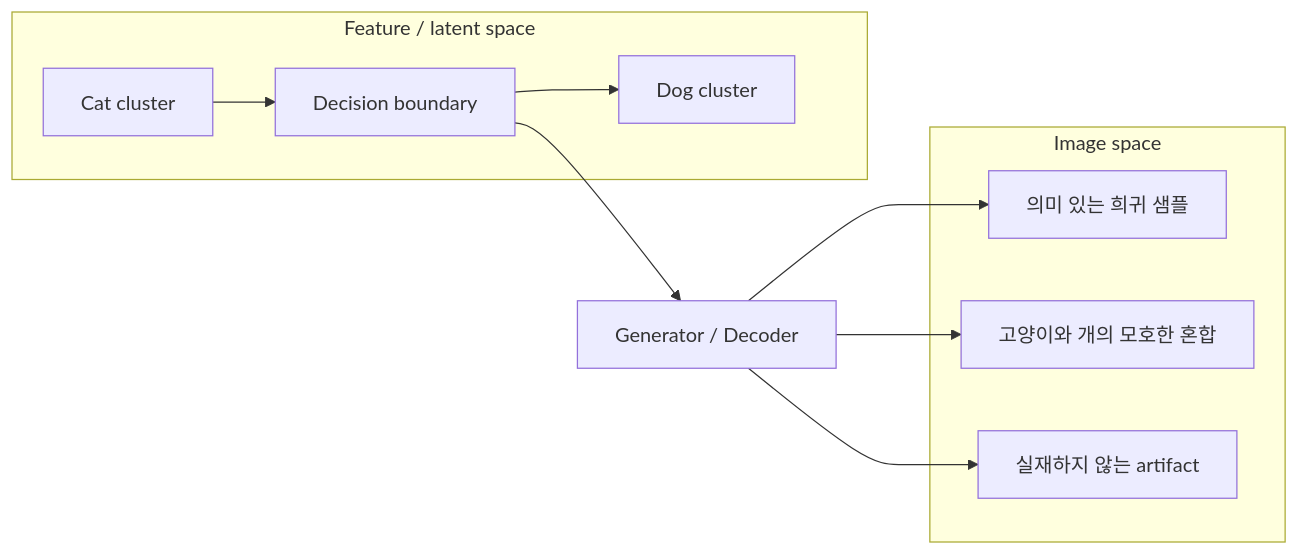
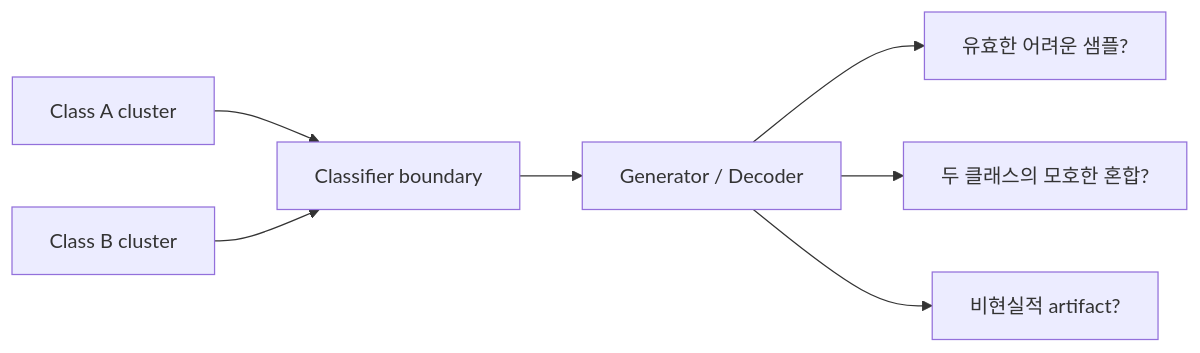
The fifth of 5 diagrams in README.md (DDohyeon2941/gan-for-imbalanced-image-data), drawn with Mermaid before and after one commit. The commit also changed other lines of this file and 7 other files, not shown here.

````diff
--- a/README.md
+++ b/README.md
@@ -254,21 +118,9 @@
 ```mermaid
 flowchart LR
-    subgraph FEATURE["Feature / latent space"]
-        C1[Cat cluster]
-        B[Decision boundary]
-        C2[Dog cluster]
-        C1 --> B --> C2
-    end
-
+    C[Class A cluster] --> B[Classifier boundary]
+    D[Class B cluster] --> B
     B --> G[Generator / Decoder]
-
-    subgraph IMAGE["Image space"]
-        I1[의미 있는 희귀 샘플]
-        I2[고양이와 개의 모호한 혼합]
-        I3[실재하지 않는 artifact]
-    end
-
-    G --> I1
-    G --> I2
-    G --> I3
+    G --> R[유효한 어려운 샘플?]
+    G --> M[두 클래스의 모호한 혼합?]
+    G --> F[비현실적 artifact?]
 ```
````
